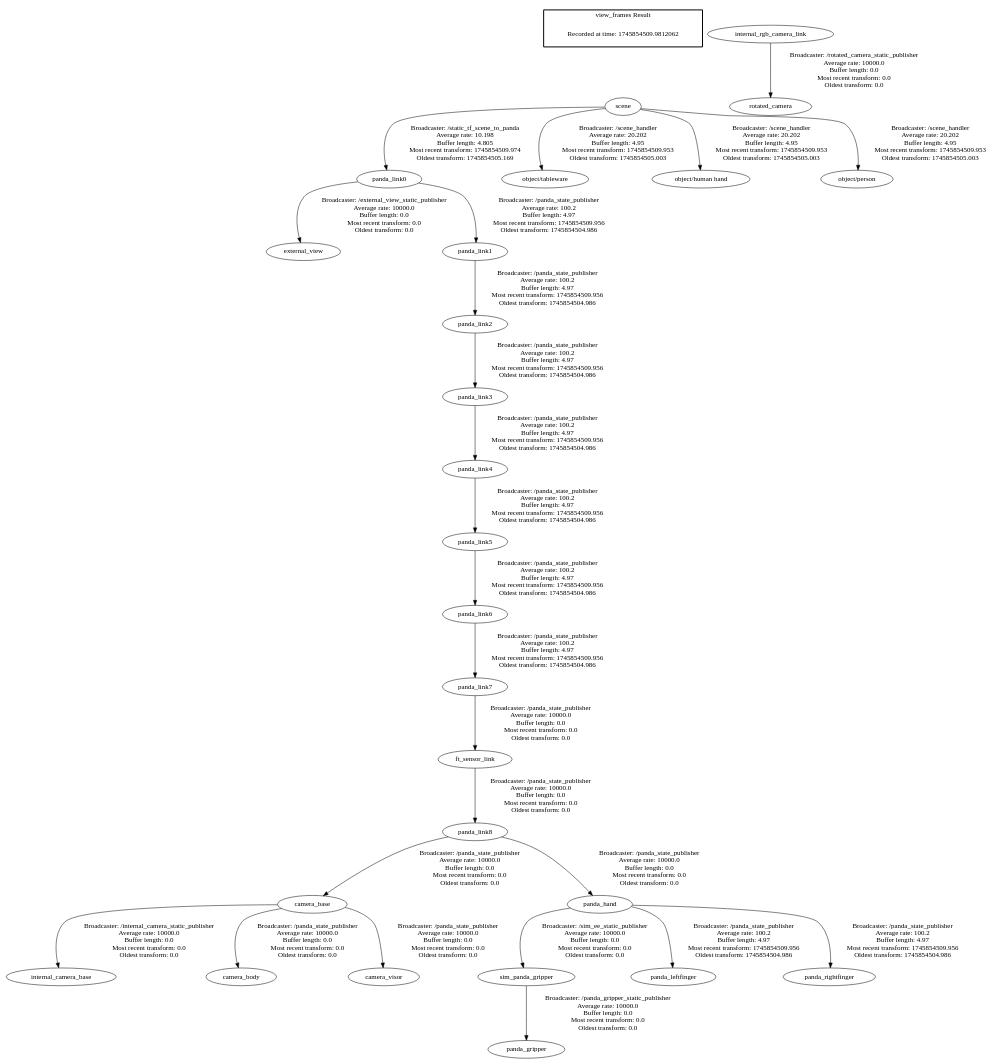
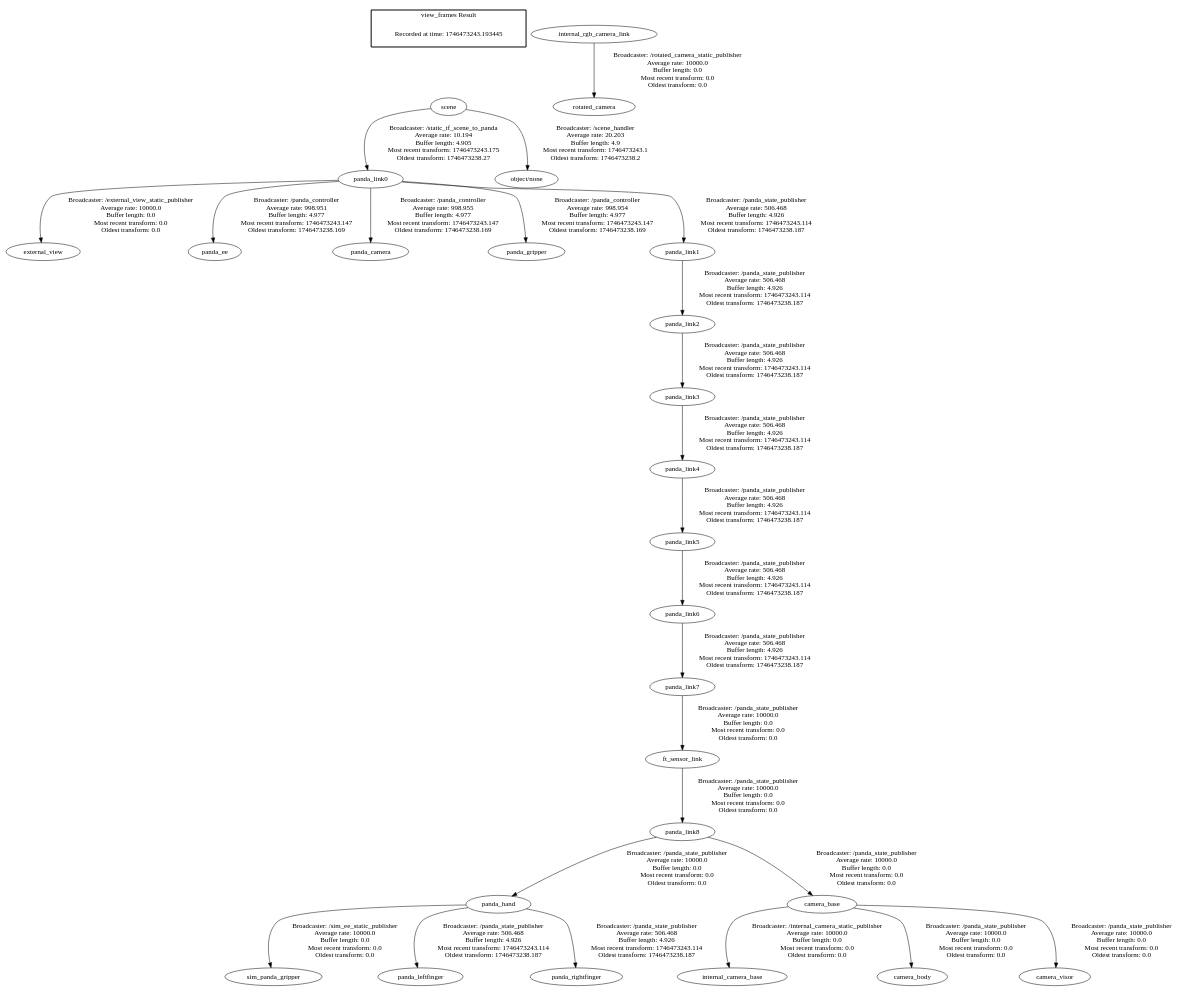
The diagram in dexterity-interface/frames.gv (rusmilov/dexterity-interface), drawn with Graphviz before and after one commit. The commit also changed 1 other file, not shown here.

```diff
--- a/dexterity-interface/frames.gv
+++ b/dexterity-interface/frames.gv
@@ -1,30 +1,30 @@
 digraph G {
+"panda_hand" -> "sim_panda_gripper"[label=" Broadcaster: /sim_ee_static_publisher\nAverage rate: 10000.0\nBuffer length: 0.0\nMost recent transform: 0.0\nOldest transform: 0.0\n"];
+"panda_link8" -> "panda_hand"[label=" Broadcaster: /panda_state_publisher\nAverage rate: 10000.0\nBuffer length: 0.0\nMost recent transform: 0.0\nOldest transform: 0.0\n"];
+"panda_link0" -> "external_view"[label=" Broadcaster: /external_view_static_publisher\nAverage rate: 10000.0\nBuffer length: 0.0\nMost recent transform: 0.0\nOldest transform: 0.0\n"];
+"scene" -> "panda_link0"[label=" Broadcaster: /static_tf_scene_to_panda\nAverage rate: 10.194\nBuffer length: 4.905\nMost recent transform: 1746473243.175\nOldest transform: 1746473238.27\n"];
 "camera_base" -> "internal_camera_base"[label=" Broadcaster: /internal_camera_static_publisher\nAverage rate: 10000.0\nBuffer length: 0.0\nMost recent transform: 0.0\nOldest transform: 0.0\n"];
 "panda_link8" -> "camera_base"[label=" Broadcaster: /panda_state_publisher\nAverage rate: 10000.0\nBuffer length: 0.0\nMost recent transform: 0.0\nOldest transform: 0.0\n"];
-"panda_link0" -> "external_view"[label=" Broadcaster: /external_view_static_publisher\nAverage rate: 10000.0\nBuffer length: 0.0\nMost recent transform: 0.0\nOldest transform: 0.0\n"];
-"scene" -> "panda_link0"[label=" Broadcaster: /static_tf_scene_to_panda\nAverage rate: 10.198\nBuffer length: 4.805\nMost recent transform: 1745854509.974\nOldest transform: 1745854505.169\n"];
-"sim_panda_gripper" -> "panda_gripper"[label=" Broadcaster: /panda_gripper_static_publisher\nAverage rate: 10000.0\nBuffer length: 0.0\nMost recent transform: 0.0\nOldest transform: 0.0\n"];
-"panda_hand" -> "sim_panda_gripper"[label=" Broadcaster: /sim_ee_static_publisher\nAverage rate: 10000.0\nBuffer length: 0.0\nMost recent transform: 0.0\nOldest transform: 0.0\n"];
-"panda_link8" -> "panda_hand"[label=" Broadcaster: /panda_state_publisher\nAverage rate: 10000.0\nBuffer length: 0.0\nMost recent transform: 0.0\nOldest transform: 0.0\n"];
+"panda_link0" -> "panda_ee"[label=" Broadcaster: /panda_controller\nAverage rate: 998.951\nBuffer length: 4.977\nMost recent transform: 1746473243.147\nOldest transform: 1746473238.169\n"];
+"panda_link0" -> "panda_camera"[label=" Broadcaster: /panda_controller\nAverage rate: 998.955\nBuffer length: 4.977\nMost recent transform: 1746473243.147\nOldest transform: 1746473238.169\n"];
+"panda_link0" -> "panda_gripper"[label=" Broadcaster: /panda_controller\nAverage rate: 998.954\nBuffer length: 4.977\nMost recent transform: 1746473243.147\nOldest transform: 1746473238.169\n"];
 "internal_rgb_camera_link" -> "rotated_camera"[label=" Broadcaster: /rotated_camera_static_publisher\nAverage rate: 10000.0\nBuffer length: 0.0\nMost recent transform: 0.0\nOldest transform: 0.0\n"];
 "camera_base" -> "camera_body"[label=" Broadcaster: /panda_state_publisher\nAverage rate: 10000.0\nBuffer length: 0.0\nMost recent transform: 0.0\nOldest transform: 0.0\n"];
 "camera_base" -> "camera_visor"[label=" Broadcaster: /panda_state_publisher\nAverage rate: 10000.0\nBuffer length: 0.0\nMost recent transform: 0.0\nOldest transform: 0.0\n"];
 "ft_sensor_link" -> "panda_link8"[label=" Broadcaster: /panda_state_publisher\nAverage rate: 10000.0\nBuffer length: 0.0\nMost recent transform: 0.0\nOldest transform: 0.0\n"];
 "panda_link7" -> "ft_sensor_link"[label=" Broadcaster: /panda_state_publisher\nAverage rate: 10000.0\nBuffer length: 0.0\nMost recent transform: 0.0\nOldest transform: 0.0\n"];
-"panda_link6" -> "panda_link7"[label=" Broadcaster: /panda_state_publisher\nAverage rate: 100.2\nBuffer length: 4.97\nMost recent transform: 1745854509.956\nOldest transform: 1745854504.986\n"];
-"panda_hand" -> "panda_leftfinger"[label=" Broadcaster: /panda_state_publisher\nAverage rate: 100.2\nBuffer length: 4.97\nMost recent transform: 1745854509.956\nOldest transform: 1745854504.986\n"];
-"panda_hand" -> "panda_rightfinger"[label=" Broadcaster: /panda_state_publisher\nAverage rate: 100.2\nBuffer length: 4.97\nMost recent transform: 1745854509.956\nOldest transform: 1745854504.986\n"];
-"panda_link0" -> "panda_link1"[label=" Broadcaster: /panda_state_publisher\nAverage rate: 100.2\nBuffer length: 4.97\nMost recent transform: 1745854509.956\nOldest transform: 1745854504.986\n"];
-"panda_link1" -> "panda_link2"[label=" Broadcaster: /panda_state_publisher\nAverage rate: 100.2\nBuffer length: 4.97\nMost recent transform: 1745854509.956\nOldest transform: 1745854504.986\n"];
-"panda_link2" -> "panda_link3"[label=" Broadcaster: /panda_state_publisher\nAverage rate: 100.2\nBuffer length: 4.97\nMost recent transform: 1745854509.956\nOldest transform: 1745854504.986\n"];
-"panda_link3" -> "panda_link4"[label=" Broadcaster: /panda_state_publisher\nAverage rate: 100.2\nBuffer length: 4.97\nMost recent transform: 1745854509.956\nOldest transform: 1745854504.986\n"];
-"panda_link4" -> "panda_link5"[label=" Broadcaster: /panda_state_publisher\nAverage rate: 100.2\nBuffer length: 4.97\nMost recent transform: 1745854509.956\nOldest transform: 1745854504.986\n"];
-"panda_link5" -> "panda_link6"[label=" Broadcaster: /panda_state_publisher\nAverage rate: 100.2\nBuffer length: 4.97\nMost recent transform: 1745854509.956\nOldest transform: 1745854504.986\n"];
-"scene" -> "object/tableware"[label=" Broadcaster: /scene_handler\nAverage rate: 20.202\nBuffer length: 4.95\nMost recent transform: 1745854509.953\nOldest transform: 1745854505.003\n"];
-"scene" -> "object/human hand"[label=" Broadcaster: /scene_handler\nAverage rate: 20.202\nBuffer length: 4.95\nMost recent transform: 1745854509.953\nOldest transform: 1745854505.003\n"];
-"scene" -> "object/person"[label=" Broadcaster: /scene_handler\nAverage rate: 20.202\nBuffer length: 4.95\nMost recent transform: 1745854509.953\nOldest transform: 1745854505.003\n"];
+"panda_link6" -> "panda_link7"[label=" Broadcaster: /panda_state_publisher\nAverage rate: 506.468\nBuffer length: 4.926\nMost recent transform: 1746473243.114\nOldest transform: 1746473238.187\n"];
+"panda_hand" -> "panda_leftfinger"[label=" Broadcaster: /panda_state_publisher\nAverage rate: 506.468\nBuffer length: 4.926\nMost recent transform: 1746473243.114\nOldest transform: 1746473238.187\n"];
+"panda_hand" -> "panda_rightfinger"[label=" Broadcaster: /panda_state_publisher\nAverage rate: 506.468\nBuffer length: 4.926\nMost recent transform: 1746473243.114\nOldest transform: 1746473238.187\n"];
+"panda_link0" -> "panda_link1"[label=" Broadcaster: /panda_state_publisher\nAverage rate: 506.468\nBuffer length: 4.926\nMost recent transform: 1746473243.114\nOldest transform: 1746473238.187\n"];
+"panda_link1" -> "panda_link2"[label=" Broadcaster: /panda_state_publisher\nAverage rate: 506.468\nBuffer length: 4.926\nMost recent transform: 1746473243.114\nOldest transform: 1746473238.187\n"];
+"panda_link2" -> "panda_link3"[label=" Broadcaster: /panda_state_publisher\nAverage rate: 506.468\nBuffer length: 4.926\nMost recent transform: 1746473243.114\nOldest transform: 1746473238.187\n"];
+"panda_link3" -> "panda_link4"[label=" Broadcaster: /panda_state_publisher\nAverage rate: 506.468\nBuffer length: 4.926\nMost recent transform: 1746473243.114\nOldest transform: 1746473238.187\n"];
+"panda_link4" -> "panda_link5"[label=" Broadcaster: /panda_state_publisher\nAverage rate: 506.468\nBuffer length: 4.926\nMost recent transform: 1746473243.114\nOldest transform: 1746473238.187\n"];
+"panda_link5" -> "panda_link6"[label=" Broadcaster: /panda_state_publisher\nAverage rate: 506.468\nBuffer length: 4.926\nMost recent transform: 1746473243.114\nOldest transform: 1746473238.187\n"];
+"scene" -> "object/none"[label=" Broadcaster: /scene_handler\nAverage rate: 20.203\nBuffer length: 4.9\nMost recent transform: 1746473243.1\nOldest transform: 1746473238.2\n"];
 edge [style=invis];
  subgraph cluster_legend { style=bold; color=black; label ="view_frames Result";
-"Recorded at time: 1745854509.9812062"[ shape=plaintext ] ;
+"Recorded at time: 1746473243.193445"[ shape=plaintext ] ;
 }->"scene";
 }
```
